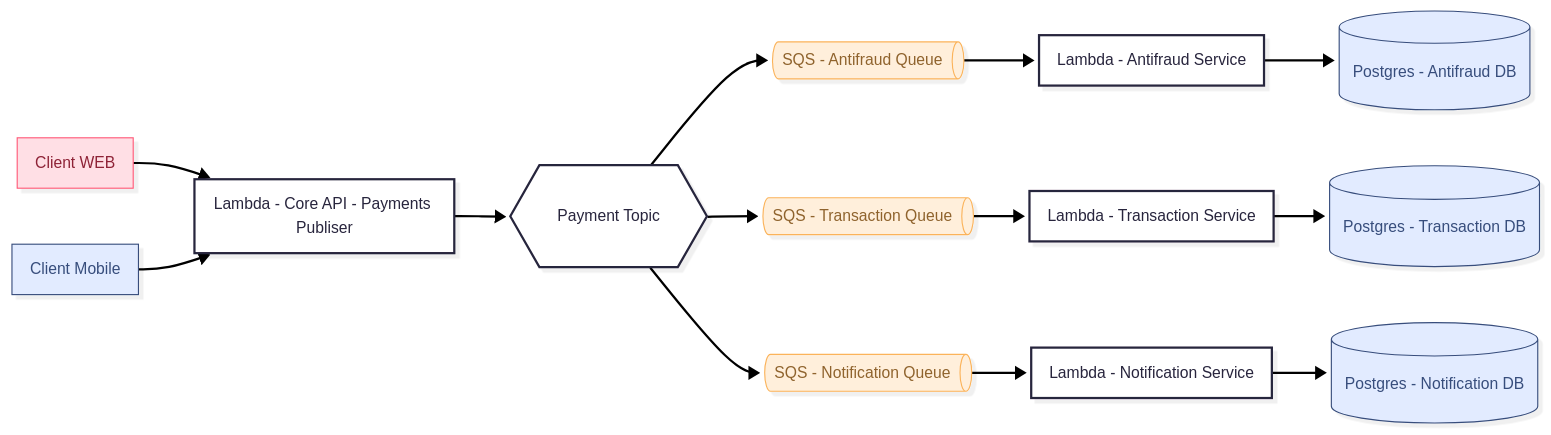
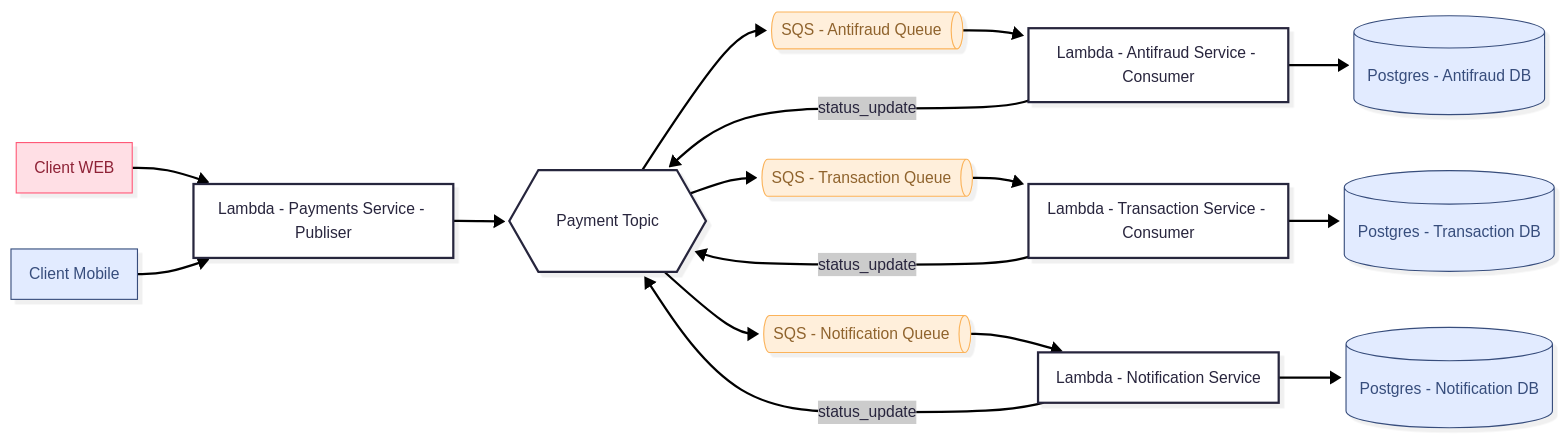
Before and after one commit to dasilvaoscar/concurrency-simulator: the third of 3 diagrams in README.md, drawn with Mermaid. The commit also changed other lines of this file, not shown here.

````diff
--- a/README.md
+++ b/README.md
@@ -73,44 +75,47 @@
 ```mermaid
 ---
 config:
   theme: redux
   layout: dagre
   look: neo
 ---
 flowchart LR
-    n1["Lambda - Core API - Payments Publiser"] --> n3["Payment Topic"]
+    n1["Lambda - Payments Service - Publiser"] --> n3["Payment Topic"]
     n3 --> n4["SQS - Antifraud Queue"] & n6["SQS - Transaction Queue"] & n15["SQS - Notification Queue"]
-    n4 --> n5["Lambda - Antifraud Service"]
-    n6 --> n7["Lambda - Transaction Service"]
+    n4 --> n5["Lambda - Antifraud Service - Consumer"]
+    n6 --> n7["Lambda - Transaction Service - Consumer"]
     n14["Client WEB"] --> n1
     n15 --> n16["Lambda - Notification Service"]
     n5 --> n18["Postgres - Antifraud DB"]
+    n5 -- status_update --> n3
     n7 --> n19["Postgres - Transaction DB"]
+    n7 -- status_update --> n3
     n16 --> n20["Postgres - Notification DB"]
+    n16 -- status_update --> n3
     n21["Client Mobile"] --> n1
 
     n1@{ shape: rect}
     n3@{ shape: hex}
     n4@{ shape: h-cyl}
     n6@{ shape: h-cyl}
     n15@{ shape: h-cyl}
     n5@{ shape: rect}
     n7@{ shape: rect}
     n14@{ shape: rect}
     n16@{ shape: rect}
     n18@{ shape: cyl}
     n19@{ shape: cyl}
     n20@{ shape: cyl}
     n21@{ shape: rect}
      n4:::Peach
      n6:::Peach
      n15:::Peach
      n14:::Rose
      n18:::Sky
      n19:::Sky
      n20:::Sky
      n21:::Sky
     classDef Rose stroke-width:1px, stroke-dasharray:none, stroke:#FF5978, fill:#FFDFE5, color:#8E2236
     classDef Peach stroke-width:1px, stroke-dasharray:none, stroke:#FBB35A, fill:#FFEFDB, color:#8F632D
     classDef Sky stroke-width:1px, stroke-dasharray:none, stroke:#374D7C, fill:#E2EBFF, color:#374D7C
 ```
````
